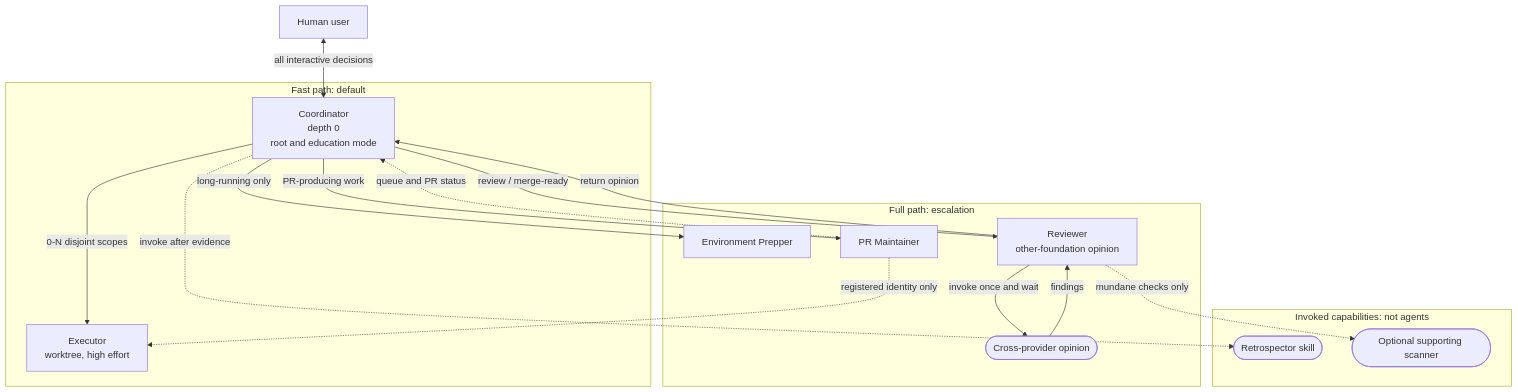
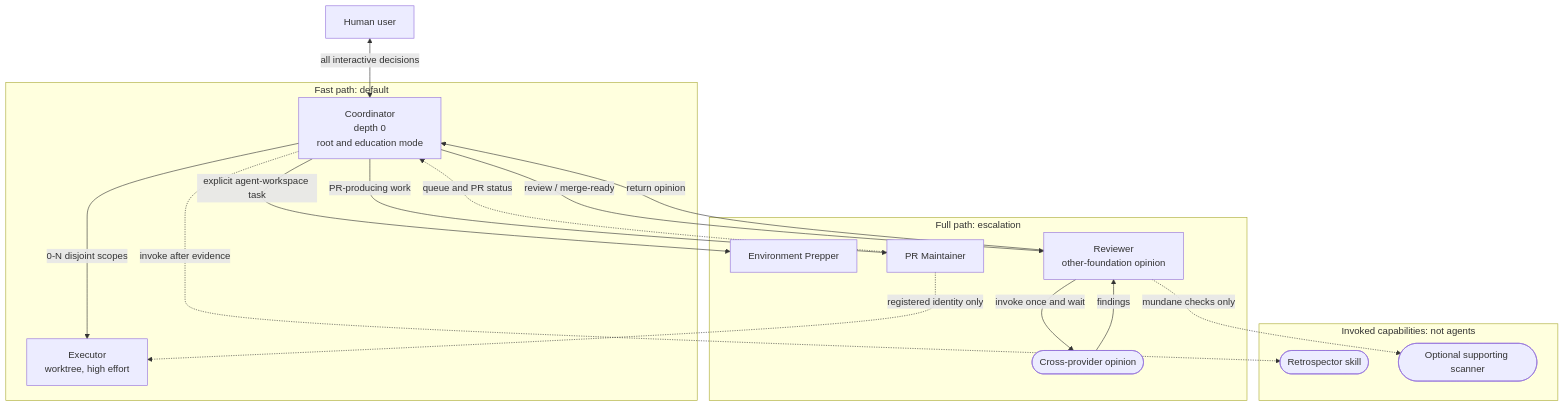
One commit to autumnust/harness-setup changed the diagram in agent-workflows/topology.md. Above: the diagram before and after it, drawn with Mermaid. The commit also changed 35 other files, not shown here.

````diff
--- a/agent-workflows/topology.md
+++ b/agent-workflows/topology.md
@@ -8,34 +8,34 @@
 ```mermaid
 flowchart TB
     Human["Human user"] <-->|all interactive decisions| Coordinator
 
     subgraph Fast["Fast path: default"]
         Coordinator["Coordinator<br/>depth 0<br/>root and education mode"]
         Executor["Executor<br/>worktree, high effort"]
         Coordinator -->|0-N disjoint scopes| Executor
     end
 
     subgraph Full["Full path: escalation"]
         Prep["Environment Prepper"]
         Reviewer["Reviewer<br/>other-foundation opinion"]
         Maintainer["PR Maintainer"]
         Opinion(["Cross-provider opinion"])
     end
 
-    Coordinator -->|long-running only| Prep
+    Coordinator -->|explicit agent-workspace task| Prep
     Coordinator -->|review / merge-ready| Reviewer
     Coordinator -->|PR-producing work| Maintainer
     Reviewer -->|invoke once and wait| Opinion
     Opinion -->|findings| Reviewer
     Reviewer -->|return opinion| Coordinator
     Maintainer -.->|queue and PR status| Coordinator
     Maintainer -.->|registered identity only| Executor
 
     subgraph Tools["Invoked capabilities: not agents"]
         Retrospector(["Retrospector skill"])
         Scanner(["Optional supporting scanner"])
     end
 
     Coordinator -.->|invoke after evidence| Retrospector
     Reviewer -.->|mundane checks only| Scanner
 ```
````
